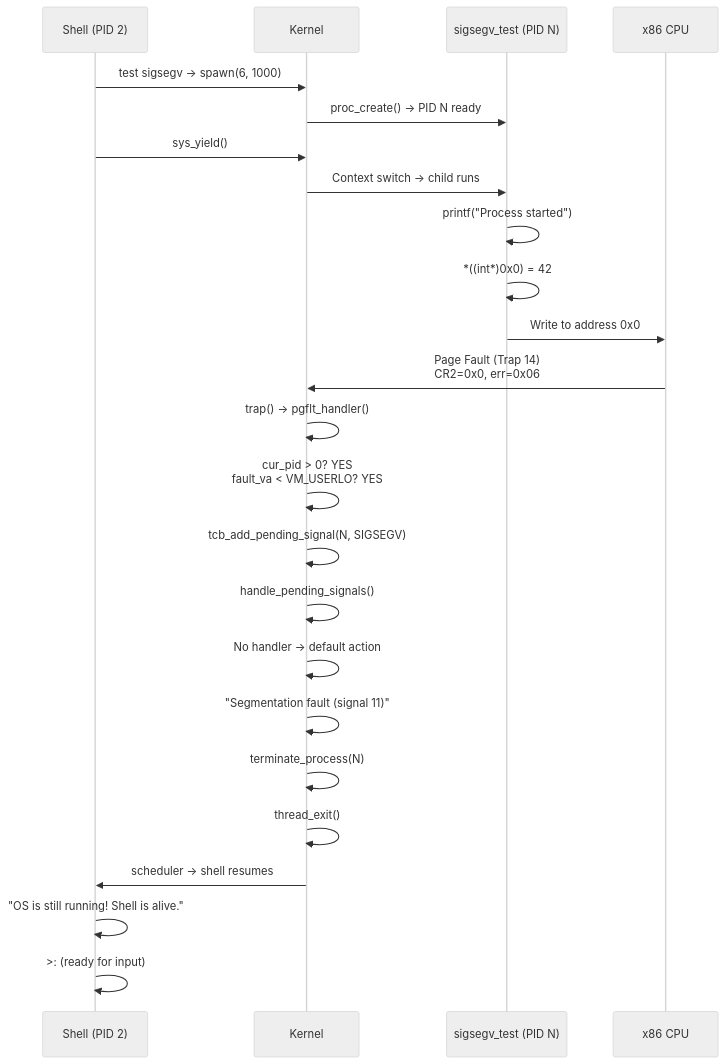
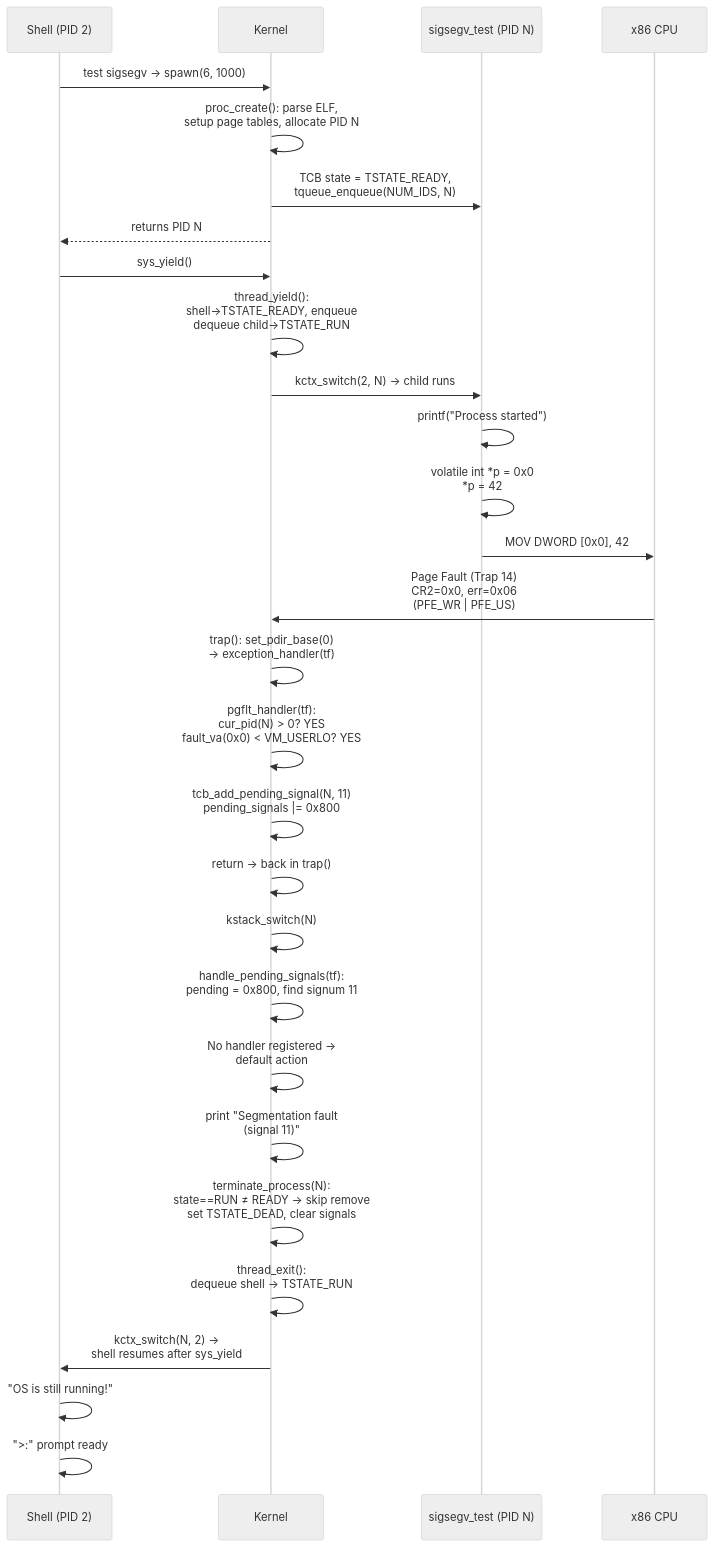
The second of 2 diagrams in docs/sigsegv-sigint/test_sigsegv.md (SillyCatto/OS_Project-Signal), drawn with Mermaid (neutral theme) before and after one commit. The commit also changed other lines of this file and 2 other files, not shown here.

````diff
--- a/docs/sigsegv-sigint/test_sigsegv.md
+++ b/docs/sigsegv-sigint/test_sigsegv.md
@@ -343,29 +884,34 @@
 ```mermaid
 sequenceDiagram
     participant User as Shell (PID 2)
     participant Kernel as Kernel
     participant Child as sigsegv_test (PID N)
     participant CPU as x86 CPU
 
     User->>Kernel: test sigsegv → spawn(6, 1000)
-    Kernel->>Child: proc_create() → PID N ready
+    Kernel->>Kernel: proc_create(): parse ELF,<br/>setup page tables, allocate PID N
+    Kernel->>Child: TCB state = TSTATE_READY,<br/>tqueue_enqueue(NUM_IDS, N)
+    Kernel-->>User: returns PID N
     User->>Kernel: sys_yield()
-    Kernel->>Child: Context switch → child runs
+    Kernel->>Kernel: thread_yield():<br/>shell→TSTATE_READY, enqueue<br/>dequeue child→TSTATE_RUN
+    Kernel->>Child: kctx_switch(2, N) → child runs
 
     Child->>Child: printf("Process started")
-    Child->>Child: *((int*)0x0) = 42
-    Child->>CPU: Write to address 0x0
+    Child->>Child: volatile int *p = 0x0<br/>*p = 42
+    Child->>CPU: MOV DWORD [0x0], 42
 
-    CPU->>Kernel: Page Fault (Trap 14)<br/>CR2=0x0, err=0x06
-    Kernel->>Kernel: trap() → pgflt_handler()
-    Kernel->>Kernel: cur_pid > 0? YES<br/>fault_va < VM_USERLO? YES
-    Kernel->>Kernel: tcb_add_pending_signal(N, SIGSEGV)
-    Kernel->>Kernel: handle_pending_signals()
-    Kernel->>Kernel: No handler → default action
-    Kernel->>Kernel: "Segmentation fault (signal 11)"
-    Kernel->>Kernel: terminate_process(N)
-    Kernel->>Kernel: thread_exit()
-    Kernel->>User: scheduler → shell resumes
-    User->>User: "OS is still running! Shell is alive."
-    User->>User: >: (ready for input)
+    CPU->>Kernel: Page Fault (Trap 14)<br/>CR2=0x0, err=0x06<br/>(PFE_WR | PFE_US)
+    Kernel->>Kernel: trap(): set_pdir_base(0)<br/>→ exception_handler(tf)
+    Kernel->>Kernel: pgflt_handler(tf):<br/>cur_pid(N) > 0? YES<br/>fault_va(0x0) < VM_USERLO? YES
+    Kernel->>Kernel: tcb_add_pending_signal(N, 11)<br/>pending_signals |= 0x800
+    Kernel->>Kernel: return → back in trap()
+    Kernel->>Kernel: kstack_switch(N)
+    Kernel->>Kernel: handle_pending_signals(tf):<br/>pending = 0x800, find signum 11
+    Kernel->>Kernel: No handler registered →<br/>default action
+    Kernel->>Kernel: print "Segmentation fault<br/>(signal 11)"
+    Kernel->>Kernel: terminate_process(N):<br/>state==RUN ≠ READY → skip remove<br/>set TSTATE_DEAD, clear signals
+    Kernel->>Kernel: thread_exit():<br/>dequeue shell → TSTATE_RUN
+    Kernel->>User: kctx_switch(N, 2) →<br/>shell resumes after sys_yield
+    User->>User: "OS is still running!"
+    User->>User: ">:" prompt ready
 ```
````
